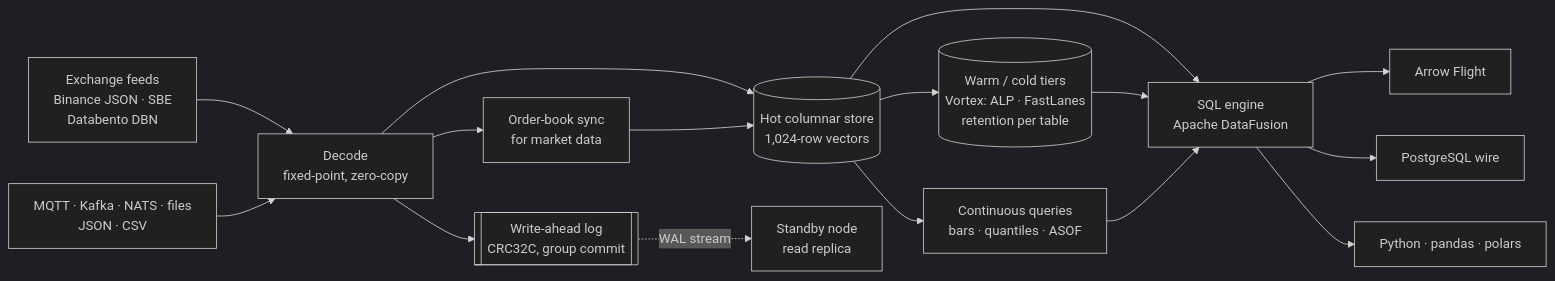
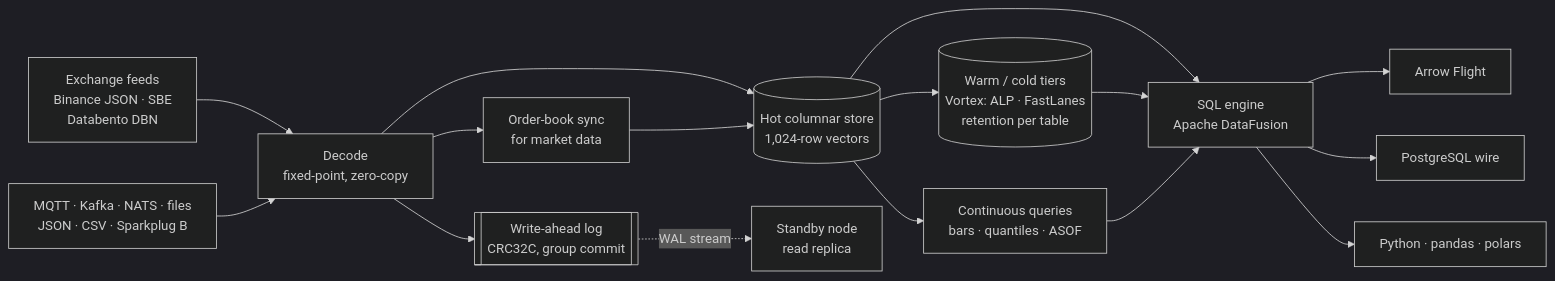
The diagram in README.md (ualsweb/ankaa), drawn with Mermaid (dark theme) before and after one commit. The commit also changed other lines of this file and 29 other files, not shown here.

````diff
--- a/README.md
+++ b/README.md
@@ -49,16 +49,16 @@
 ```mermaid
 flowchart LR
     A[Exchange feeds<br/>Binance JSON · SBE<br/>Databento DBN] --> B[Decode<br/>fixed-point, zero-copy]
-    K[MQTT · Kafka · NATS · files<br/>JSON · CSV] --> B
+    K[MQTT · Kafka · NATS · files<br/>JSON · CSV · Sparkplug B] --> B
     B --> C[Order-book sync<br/>for market data]
     B --> D[(Hot columnar store<br/>1,024-row vectors)]
     C --> D
     B --> W[[Write-ahead log<br/>CRC32C, group commit]]
     D --> CQ[Continuous queries<br/>bars · quantiles · ASOF]
     D --> E[(Warm / cold tiers<br/>Vortex: ALP · FastLanes<br/>retention per table)]
     D & E & CQ --> Q[SQL engine<br/>Apache DataFusion]
     Q --> F[Arrow Flight]
     Q --> G[PostgreSQL wire]
     Q --> H[Python · pandas · polars]
     W -. WAL stream .-> S[Standby node<br/>read replica]
 ```
````
